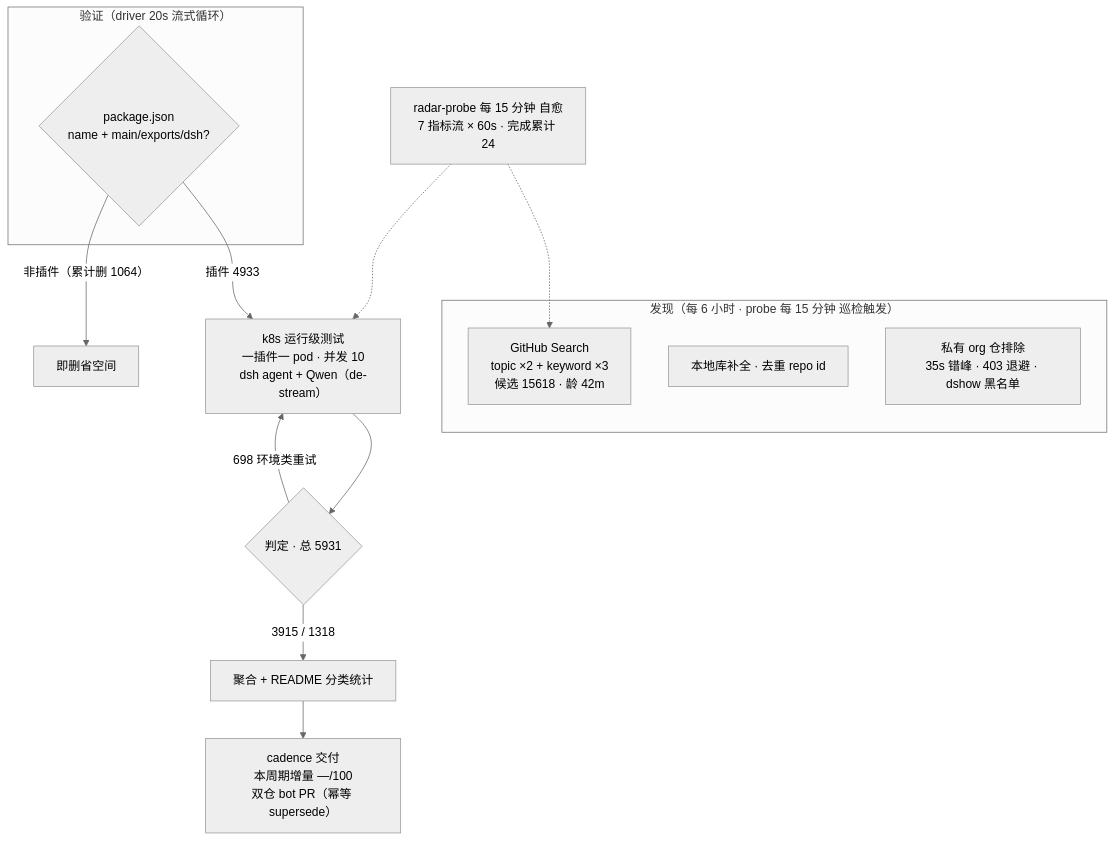
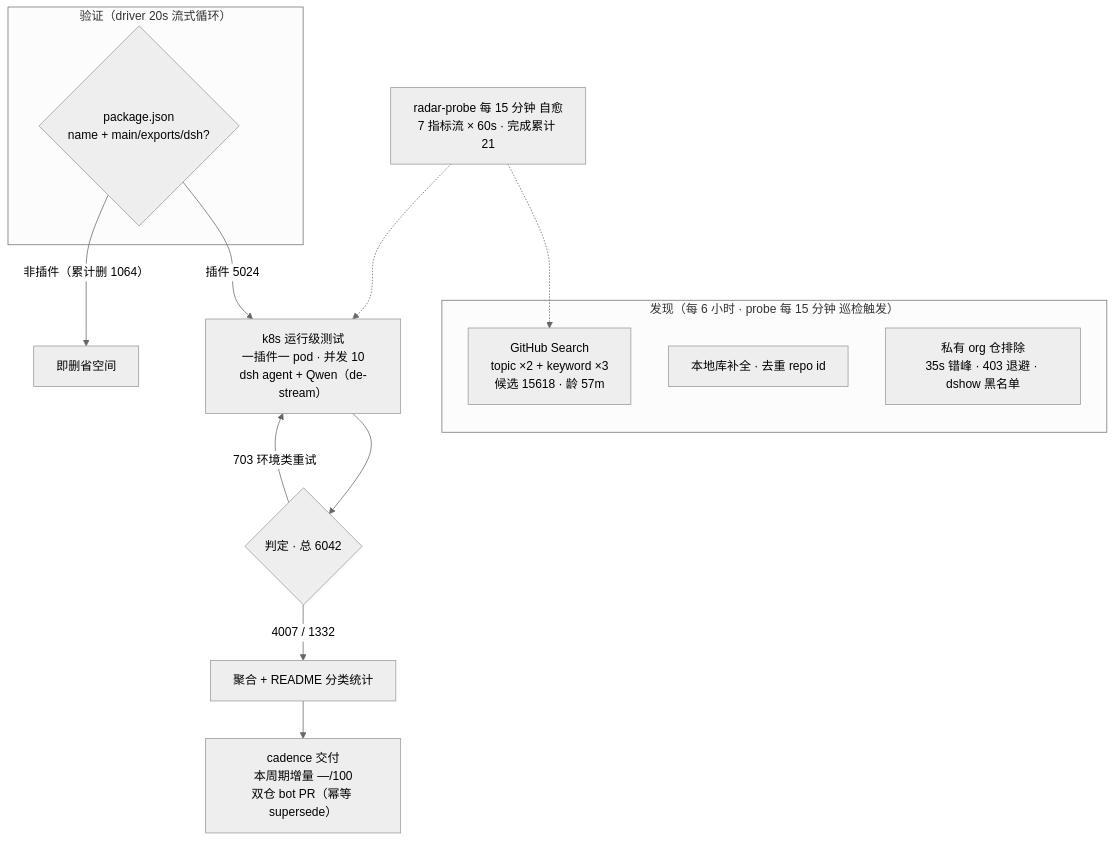
One commit to Zhidao-Lab-OSS/awesome-dsh-plugins changed the diagram in README.md. Above: the diagram before and after it, drawn with Mermaid (neutral theme). The commit also changed other lines of this file and 1 other file, not shown here.

````diff
--- a/README.md
+++ b/README.md
@@ -37,20 +37,20 @@
 ```mermaid
 flowchart TB
     subgraph Discovery["发现（每 6 小时 · probe 每 15 分钟 巡检触发）"]
-        A1["GitHub Search<br/>topic ×2 + keyword ×3<br/>候选 15618 · 龄 42m"]
+        A1["GitHub Search<br/>topic ×2 + keyword ×3<br/>候选 15618 · 龄 57m"]
         A2["本地库补全 · 去重 repo id"]
         A3["私有 org 仓排除<br/>35s 错峰 · 403 退避 · dshow 黑名单"]
     end
     subgraph Validation["验证（driver 20s 流式循环）"]
         B1{"package.json<br/>name + main/exports/dsh?"}
     end
-    B1 -->|"插件 4933"| C1["k8s 运行级测试<br/>一插件一 pod · 并发 10<br/>dsh agent + Qwen（de-stream）"]
+    B1 -->|"插件 5024"| C1["k8s 运行级测试<br/>一插件一 pod · 并发 10<br/>dsh agent + Qwen（de-stream）"]
     B1 -->|"非插件（累计删 1064）"| B3["即删省空间"]
-    C1 --> D1{"判定 · 总 5931"}
-    D1 -->|"3915 / 1318"| E1["聚合 + README 分类统计"]
-    D1 -->|"698 环境类重试"| C1
+    C1 --> D1{"判定 · 总 6042"}
+    D1 -->|"4007 / 1332"| E1["聚合 + README 分类统计"]
+    D1 -->|"703 环境类重试"| C1
     E1 --> E2["cadence 交付<br/>本周期增量 —/100<br/>双仓 bot PR（幂等 supersede）"]
-    M["radar-probe 每 15 分钟 自愈<br/>7 指标流 × 60s · 完成累计 24"]
+    M["radar-probe 每 15 分钟 自愈<br/>7 指标流 × 60s · 完成累计 21"]
     M -.-> A1
     M -.-> C1
 ```
````
